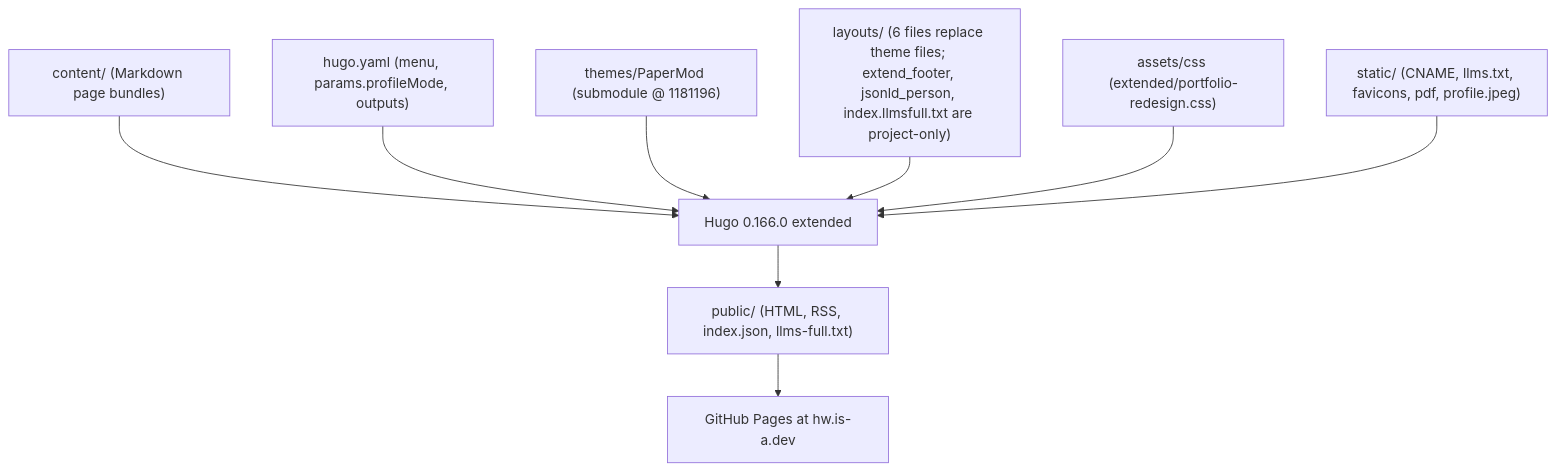
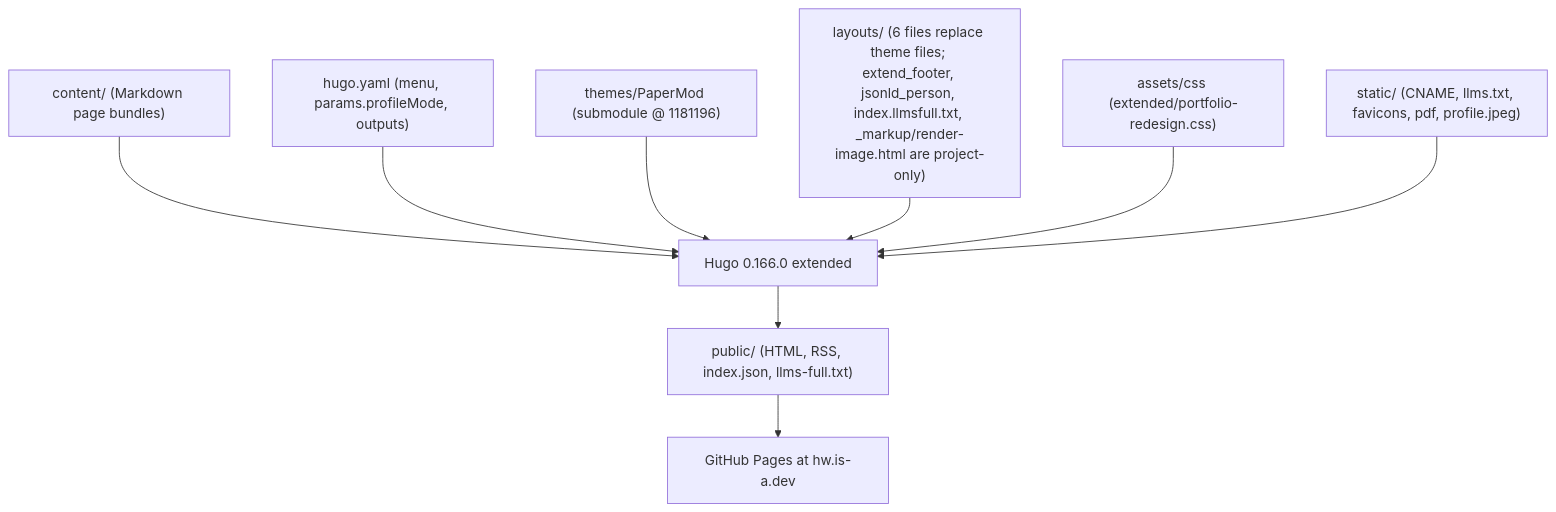
The diagram in brain/architecture.md (howard-haowen/howard-haowen.github.io), drawn with Mermaid before and after one commit. The commit also changed other lines of this file and 3 other files, not shown here.

````diff
--- a/brain/architecture.md
+++ b/brain/architecture.md
@@ -12,11 +12,11 @@
 ```mermaid
 graph TD
   content["content/ (Markdown page bundles)"] --> hugo["Hugo 0.166.0 extended"]
   cfg["hugo.yaml (menu, params.profileMode, outputs)"] --> hugo
   theme["themes/PaperMod (submodule @ 1181196)"] --> hugo
-  layouts["layouts/ (6 files replace theme files; extend_footer, jsonld_person, index.llmsfull.txt are project-only)"] --> hugo
+  layouts["layouts/ (6 files replace theme files; extend_footer, jsonld_person, index.llmsfull.txt, _markup/render-image.html are project-only)"] --> hugo
   assets["assets/css (extended/portfolio-redesign.css)"] --> hugo
   static["static/ (CNAME, llms.txt, favicons, pdf, profile.jpeg)"] --> hugo
   hugo --> public["public/ (HTML, RSS, index.json, llms-full.txt)"]
   public --> pages["GitHub Pages at hw.is-a.dev"]
 ```
````
